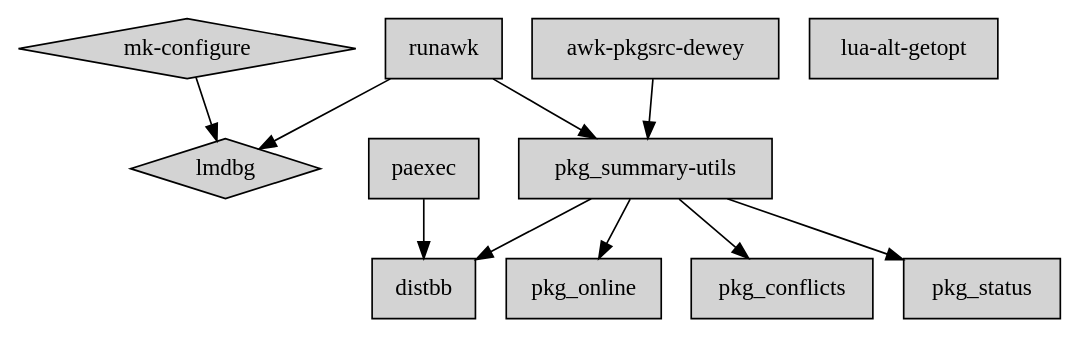
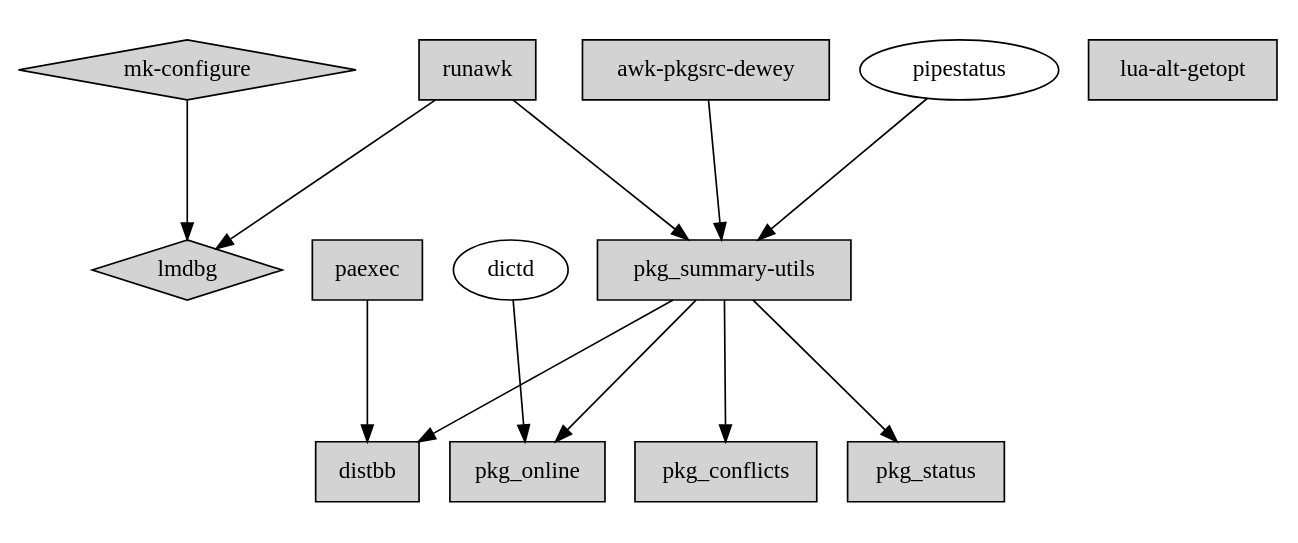
The diagram in doc/my_prjs.dot (cheusov/mk-configure), drawn with Graphviz before and after one commit.

Commit message:
minor improvements

```diff
--- a/doc/my_prjs.dot
+++ b/doc/my_prjs.dot
@@ -1,15 +1,24 @@
 digraph FSA {
-   graph [ ratio=compress layout=dot rankdir=UB ];
-   node [ shape = diamond style=filled ];
+ graph [ ratio=compress layout=dot rankdir=UB ratio=0.4 ];
+
+ node [ shape = diamond style=filled fonsize=18 ];
+
    "mk-configure" -> "lmdbg";
-   node [ shape = box ];
+
+ node [ shape = box ];
+
+   "lua-alt-getopt";
    "runawk" -> "pkg_summary-utils";
    "runawk" -> "lmdbg";
    "awk-pkgsrc-dewey" -> "pkg_summary-utils";
    "pkg_summary-utils" -> "distbb";
    "paexec"            -> "distbb";
    "pkg_summary-utils" -> "pkg_online";
    "pkg_summary-utils" -> "pkg_conflicts";
    "pkg_summary-utils" -> "pkg_status";
-   "lua-alt-getopt";
+
+ node [ shape = oval style=solid ];
+
+   "dictd" -> "pkg_online";
+   "pipestatus" -> "pkg_summary-utils";
 }
```
